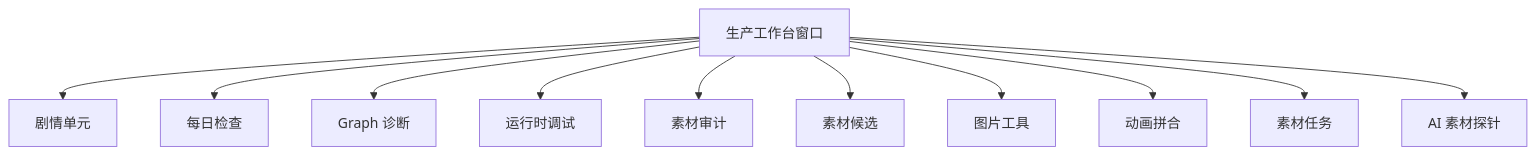
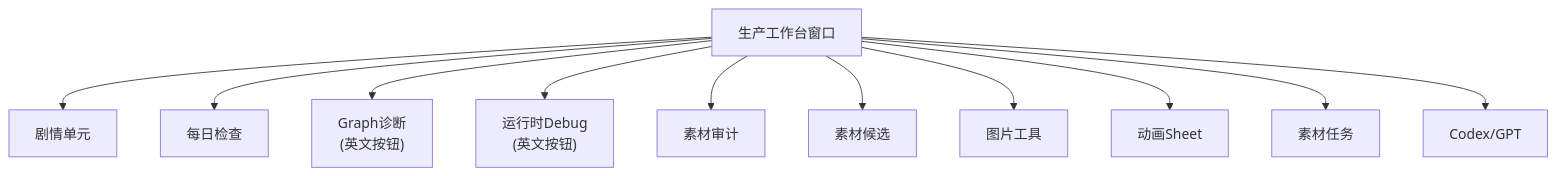
The third of 3 diagrams in docs/editors/workbench/overview.md (wubugui/GDoc), drawn with Mermaid before and after one commit. The commit also changed other lines of this file and 112 other files, not shown here.

````diff
--- a/docs/editors/workbench/overview.md
+++ b/docs/editors/workbench/overview.md
@@ -67,14 +99,14 @@
 ```mermaid
 flowchart TB
     T[生产工作台窗口]
     T --> SU[剧情单元]
     T --> DC[每日检查]
-    T --> GD[Graph 诊断]
-    T --> RD[运行时调试]
+    T --> GD["Graph诊断<br/>(英文按钮)"]
+    T --> RD["运行时Debug<br/>(英文按钮)"]
     T --> AA[素材审计]
     T --> AC[素材候选]
     T --> IT[图片工具]
-    T --> AS[动画拼合]
+    T --> AS[动画Sheet]
     T --> AT[素材任务]
-    T --> CP[AI 素材探针]
+    T --> CP[Codex/GPT]
 ```
````
